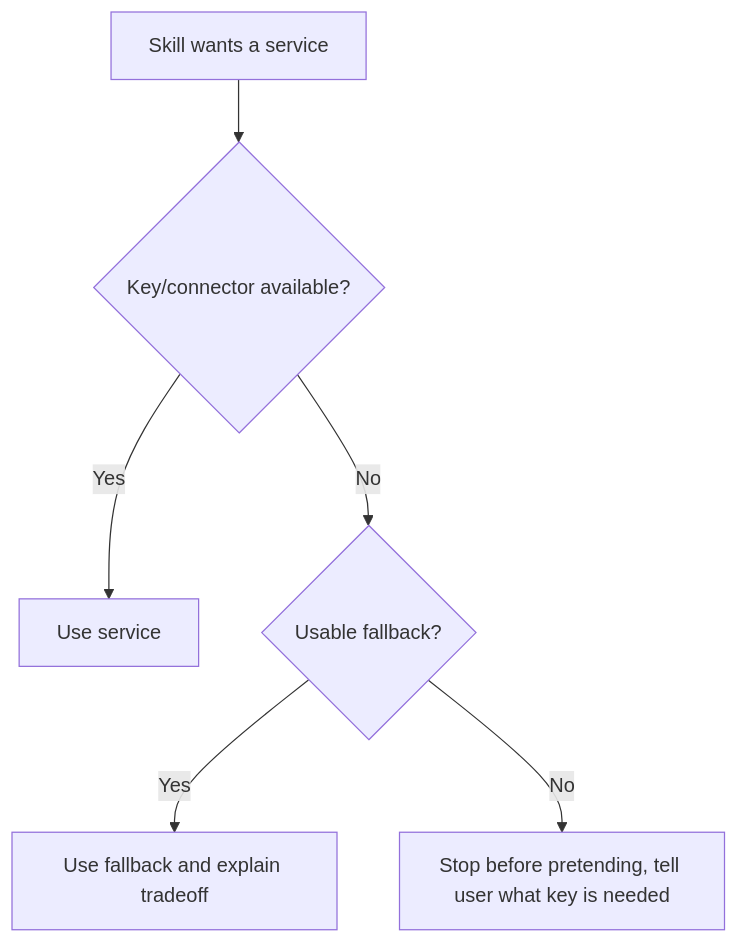
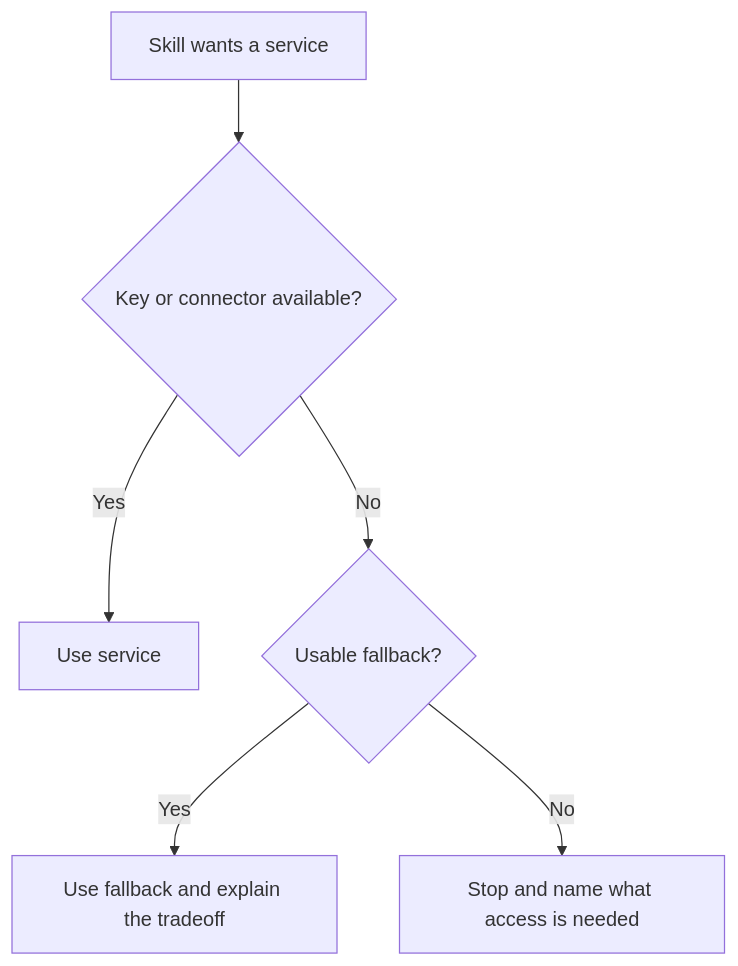
One commit to camrontaylor/AI-OS-Template changed the second of 2 diagrams in docs/services-keys-and-connectors.md. Above: the diagram before and after it, drawn with Mermaid. The commit also changed other lines of this file and 462 other files, not shown here.

````diff
--- a/docs/services-keys-and-connectors.md
+++ b/docs/services-keys-and-connectors.md
@@ -133,8 +133,8 @@
 ```mermaid
 flowchart TD
-  A["Skill wants a service"] --> B{"Key/connector available?"}
+  A["Skill wants a service"] --> B{"Key or connector available?"}
   B -->|Yes| C["Use service"]
   B -->|No| D{"Usable fallback?"}
-  D -->|Yes| E["Use fallback and explain tradeoff"]
-  D -->|No| F["Stop before pretending, tell user what key is needed"]
+  D -->|Yes| E["Use fallback and explain the tradeoff"]
+  D -->|No| F["Stop and name what access is needed"]
 ```
````
